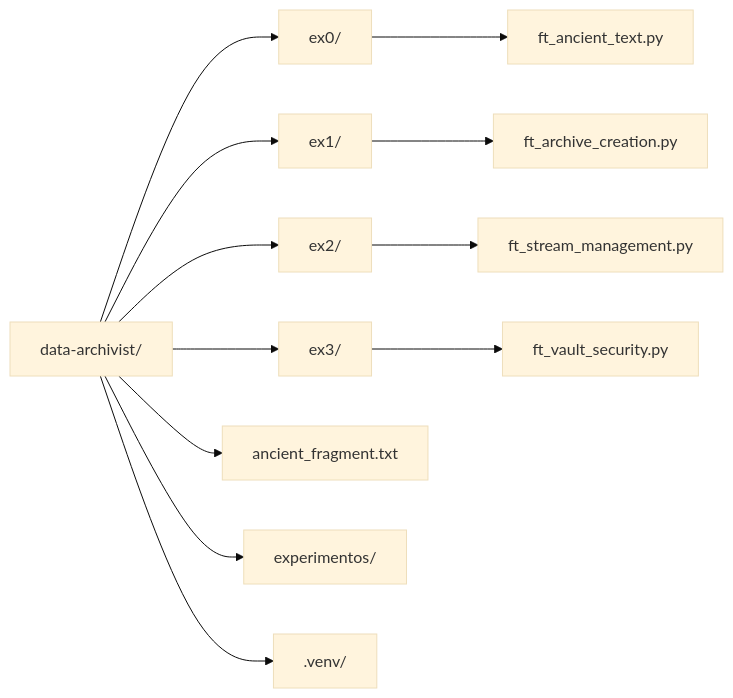
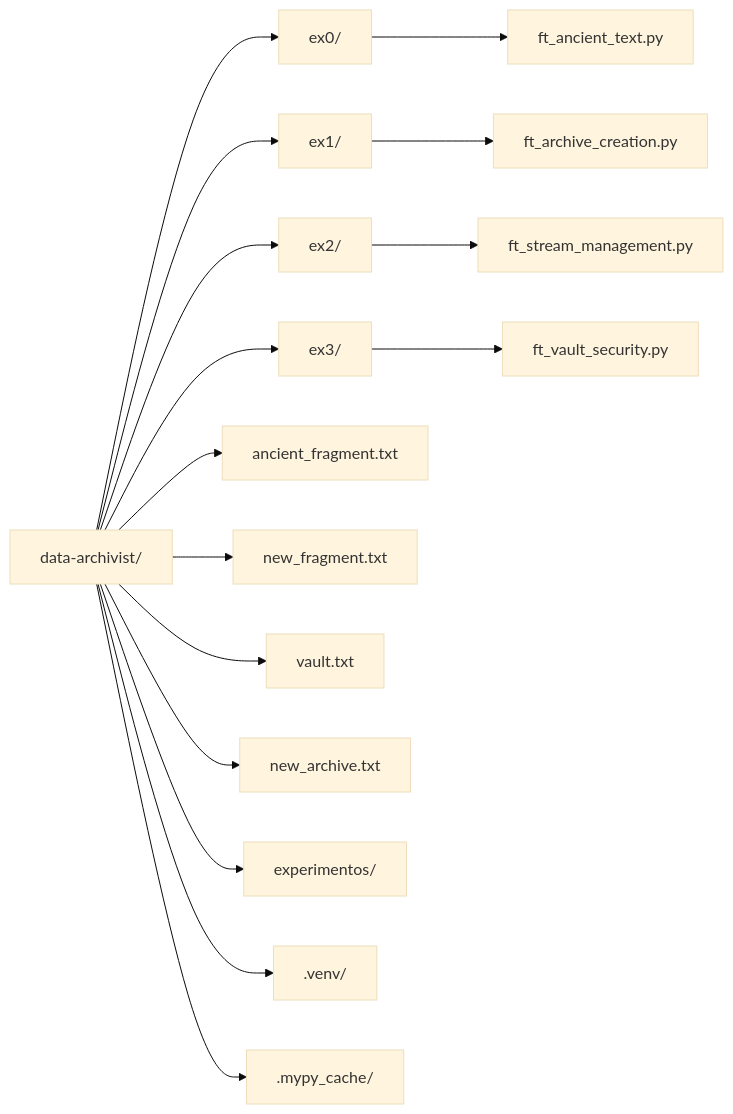
One commit to navegar-sistemas/dojo changed the diagram in python/python-modulo-04/tutorial/docs/01-ambiente/02-a-pasta-do-projeto.md. Above: the diagram before and after it, drawn with Mermaid (base theme). The commit also changed other lines of this file and 329 other files, not shown here.

````diff
--- a/python/python-modulo-04/tutorial/docs/01-ambiente/02-a-pasta-do-projeto.md
+++ b/python/python-modulo-04/tutorial/docs/01-ambiente/02-a-pasta-do-projeto.md
@@ -60,11 +60,15 @@
 ```mermaid
 flowchart LR
     root["data-archivist/"]
     root --> ex0["ex0/"] --> f0["ft_ancient_text.py"]
     root --> ex1["ex1/"] --> f1["ft_archive_creation.py"]
     root --> ex2["ex2/"] --> f2["ft_stream_management.py"]
     root --> ex3["ex3/"] --> f3["ft_vault_security.py"]
     root --> frag["ancient_fragment.txt"]
+    root --> nf["new_fragment.txt"]
+    root --> va["vault.txt"]
+    root --> na["new_archive.txt"]
     root --> exp["experimentos/"]
     root --> venv[".venv/"]
+    root --> mc[".mypy_cache/"]
 ```
````
